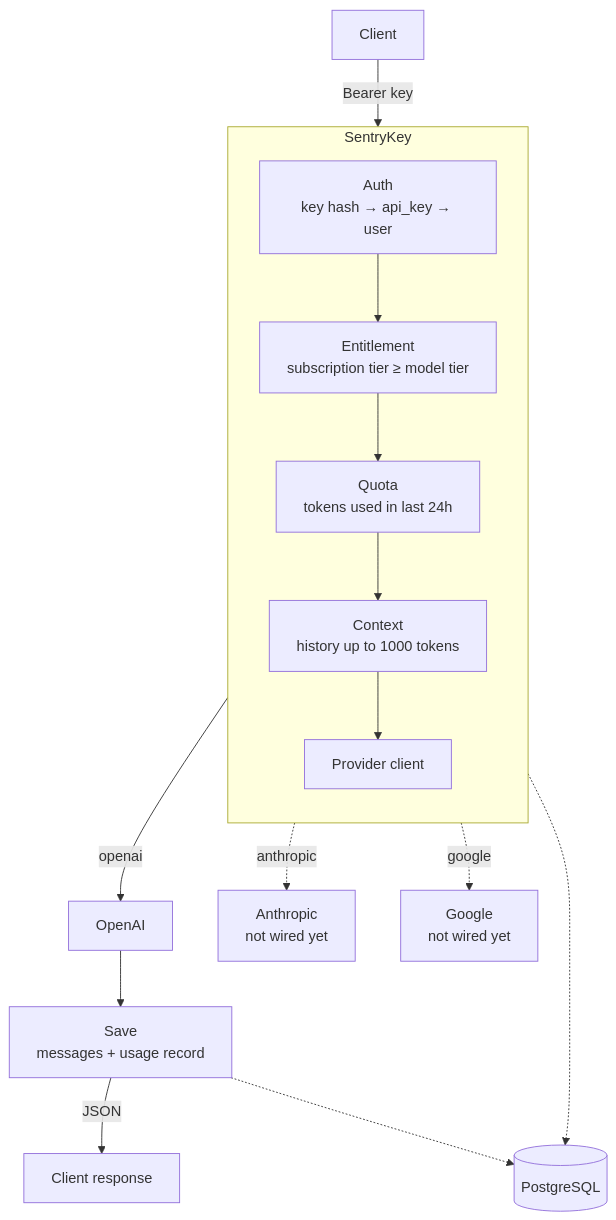
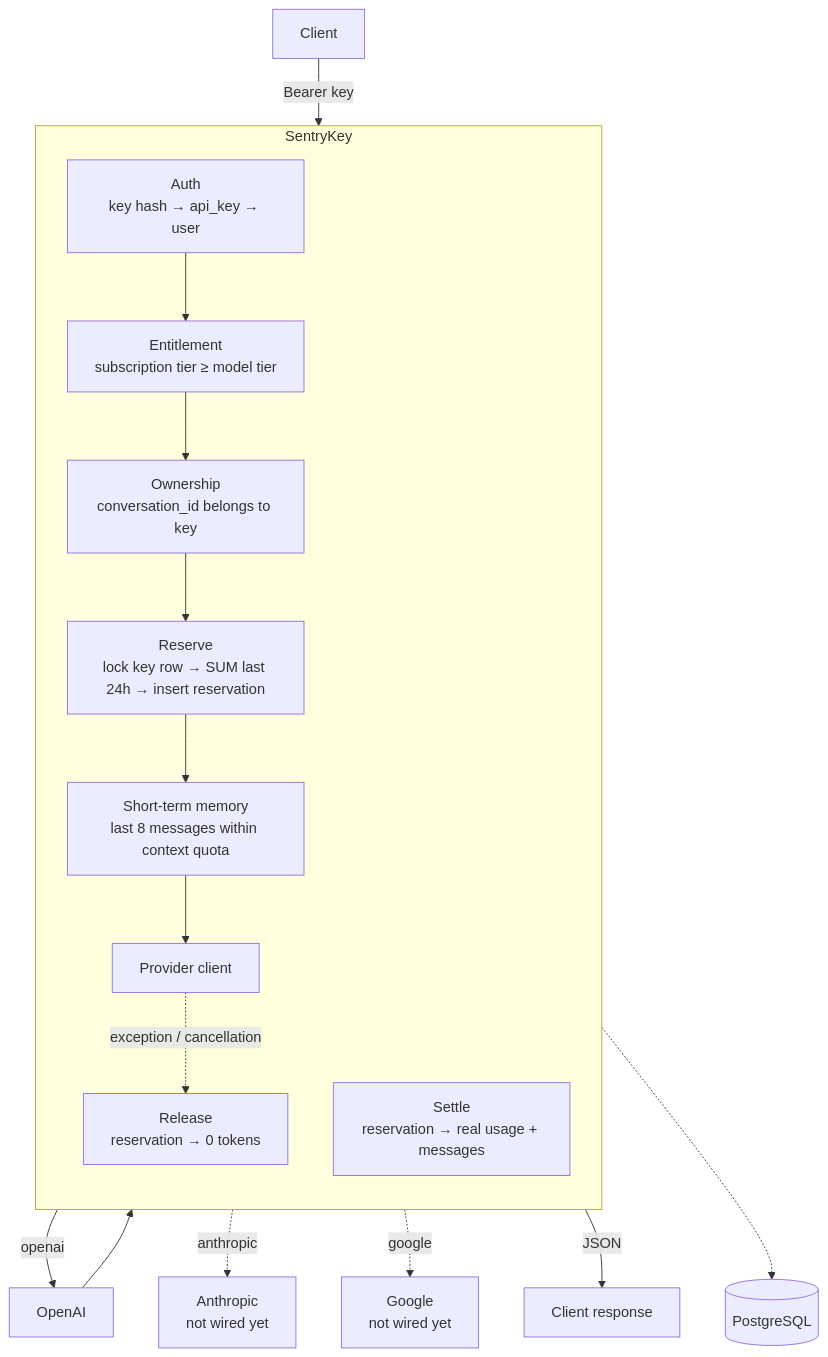
One commit to goutham-226/SentryKey changed the diagram in README.md. Above: the diagram before and after it, drawn with Mermaid. The commit also changed other lines of this file and 1 other file, not shown here.

````diff
--- a/README.md
+++ b/README.md
@@ -70,29 +74,31 @@
 ```mermaid
 flowchart TB
     C[Client]
 
     subgraph GW["SentryKey"]
         direction TB
         AUTH["Auth<br/>key hash → api_key → user"]
         ENT["Entitlement<br/>subscription tier ≥ model tier"]
-        QUOTA["Quota<br/>tokens used in last 24h"]
-        CTX["Context<br/>history up to 1000 tokens"]
+        OWN["Ownership<br/>conversation_id belongs to key"]
+        QUOTA["Reserve<br/>lock key row → SUM last 24h → insert reservation"]
+        CTX["Short-term memory<br/>last 8 messages within context quota"]
         PROV["Provider client"]
+        SETTLE["Settle<br/>reservation → real usage + messages"]
+        REL["Release<br/>reservation → 0 tokens"]
     end
 
     OAI["OpenAI"]
     ANT["Anthropic<br/>not wired yet"]
     GEM["Google<br/>not wired yet"]
-    METER["Save<br/>messages + usage record"]
     R[Client response]
     PG[("PostgreSQL")]
 
-    C -->|Bearer key| AUTH --> ENT --> QUOTA --> CTX --> PROV
+    C -->|Bearer key| AUTH --> ENT --> OWN --> QUOTA --> CTX --> PROV
     PROV -->|openai| OAI
     PROV -.->|anthropic| ANT
     PROV -.->|google| GEM
-    OAI --> METER -->|JSON| R
+    OAI --> SETTLE -->|JSON| R
+    PROV -.->|exception / cancellation| REL
 
     GW -.-> PG
-    METER -.-> PG
 ```
````
